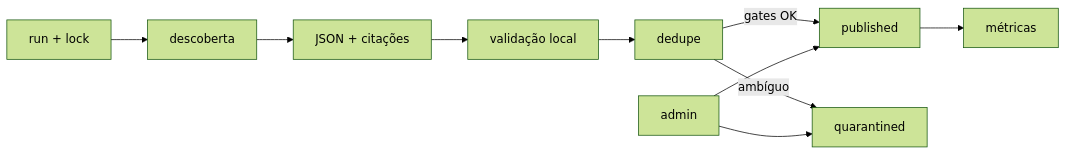
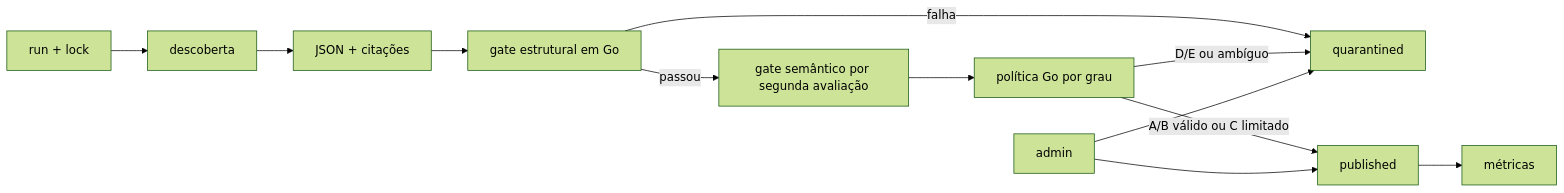
One commit to raphaieu/vorcarozap changed the diagram in docs/07-monitoramento-e-llm.md. Above: the diagram before and after it, drawn with Mermaid (forest theme). The commit also changed other lines of this file and 19 other files, not shown here.

````diff
--- a/docs/07-monitoramento-e-llm.md
+++ b/docs/07-monitoramento-e-llm.md
@@ -24,12 +24,14 @@
 ```mermaid
 flowchart LR
   A[run + lock] --> B[descoberta]
   B --> C[JSON + citações]
-  C --> D[validação local]
-  D --> E[dedupe]
-  E -->|gates OK| P[published]
-  E -->|ambíguo| Q[quarantined]
+  C --> D[gate estrutural em Go]
+  D -->|passou| S[gate semântico por segunda avaliação]
+  D -->|falha| Q[quarantined]
+  S --> G[política Go por grau]
+  G -->|A/B válido ou C limitado| P[published]
+  G -->|D/E ou ambíguo| Q
   P --> M[métricas]
   ADM[admin] --> P
   ADM --> Q
 ```
````
